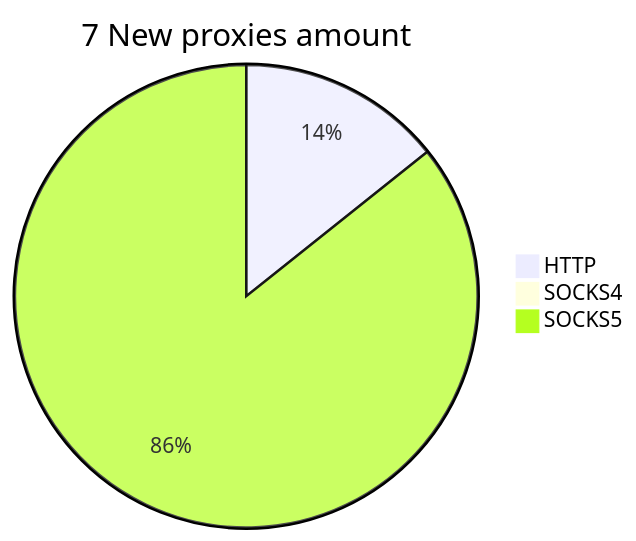
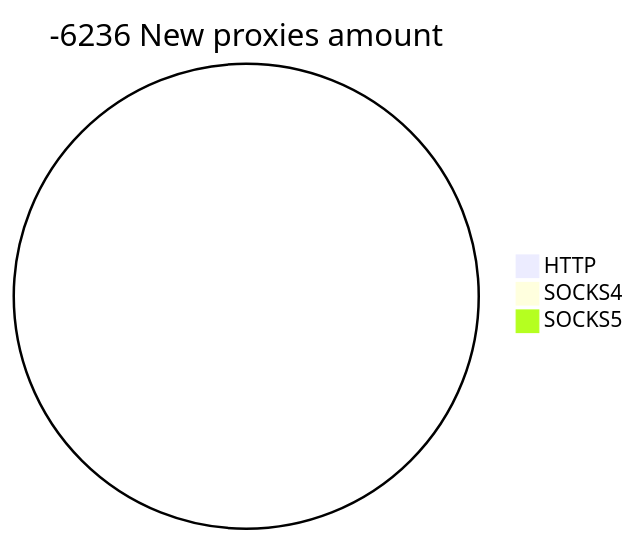
The second of 2 diagrams in README.md (cutipu/proxylist), drawn with Mermaid before and after one commit. The commit also changed other lines of this file, not shown here.

````diff
--- a/README.md
+++ b/README.md
@@ -17,6 +17,6 @@
 ```mermaid
-pie title 7 New proxies amount
-    "HTTP" : 1
+pie title -6236 New proxies amount
+    "HTTP" : 0
     "SOCKS4" : 0
-    "SOCKS5" : 6
+    "SOCKS5" : 0
 ```
````
